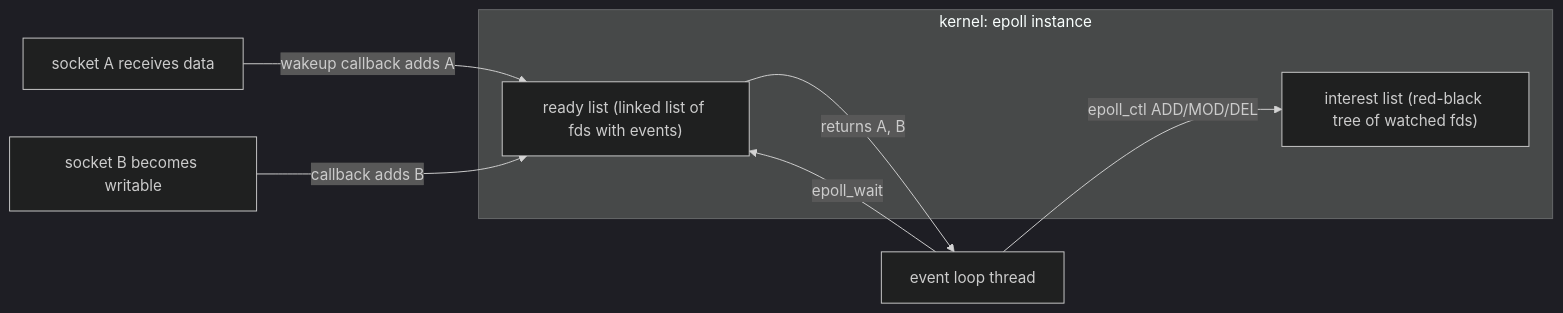
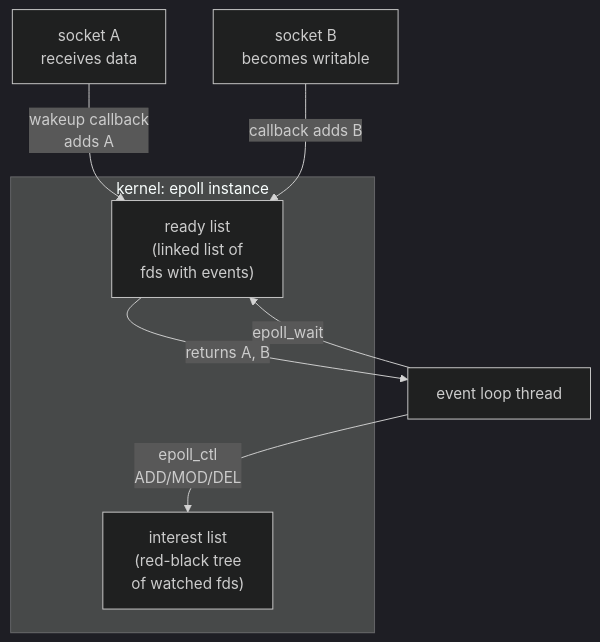
One commit to Siva010/CoreCS changed the diagram in content/lessons/os/os-epoll-event-loops.md. Above: the diagram before and after it, drawn with Mermaid (dark theme). The commit also changed 19 other files, not shown here.

First line of the commit message:
Merge the OS and Networks diagram readability fixes

````diff
--- a/content/lessons/os/os-epoll-event-loops.md
+++ b/content/lessons/os/os-epoll-event-loops.md
@@ -43,12 +43,12 @@
 ```mermaid
-flowchart LR
+flowchart TD
     subgraph kernel["kernel: epoll instance"]
-      I["interest list (red-black tree of watched fds)"]
-      R["ready list (linked list of fds with events)"]
+      I["interest list<br/>(red-black tree<br/>of watched fds)"]
+      R["ready list<br/>(linked list of<br/>fds with events)"]
     end
-    S1["socket A receives data"] -->|"wakeup callback adds A"| R
-    S2["socket B becomes writable"] -->|"callback adds B"| R
-    App["event loop thread"] -->|"epoll_ctl ADD/MOD/DEL"| I
+    S1["socket A<br/>receives data"] -->|"wakeup callback<br/>adds A"| R
+    S2["socket B<br/>becomes writable"] -->|"callback adds B"| R
+    App["event loop thread"] -->|"epoll_ctl<br/>ADD/MOD/DEL"| I
     App -->|"epoll_wait"| R
     R -->|"returns A, B"| App
 ```
````
